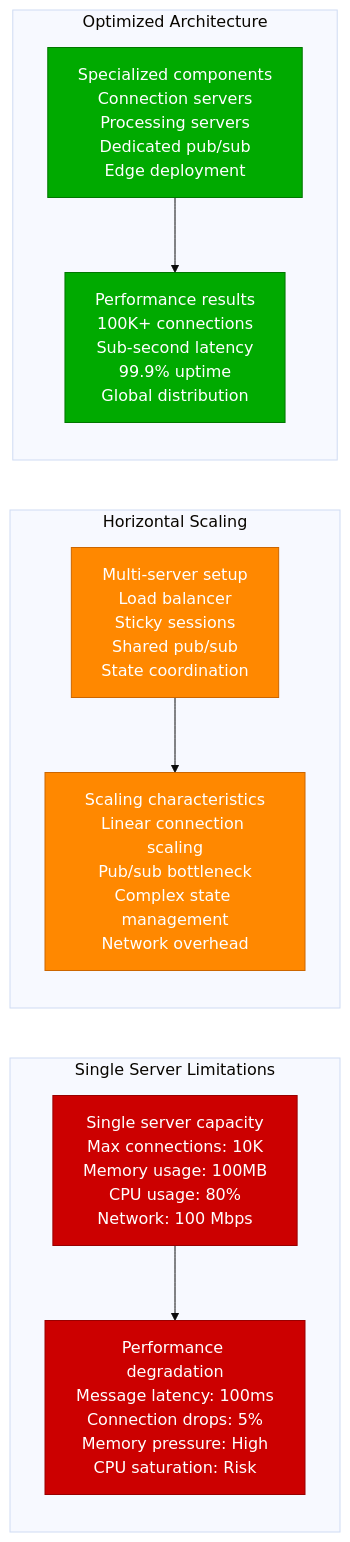
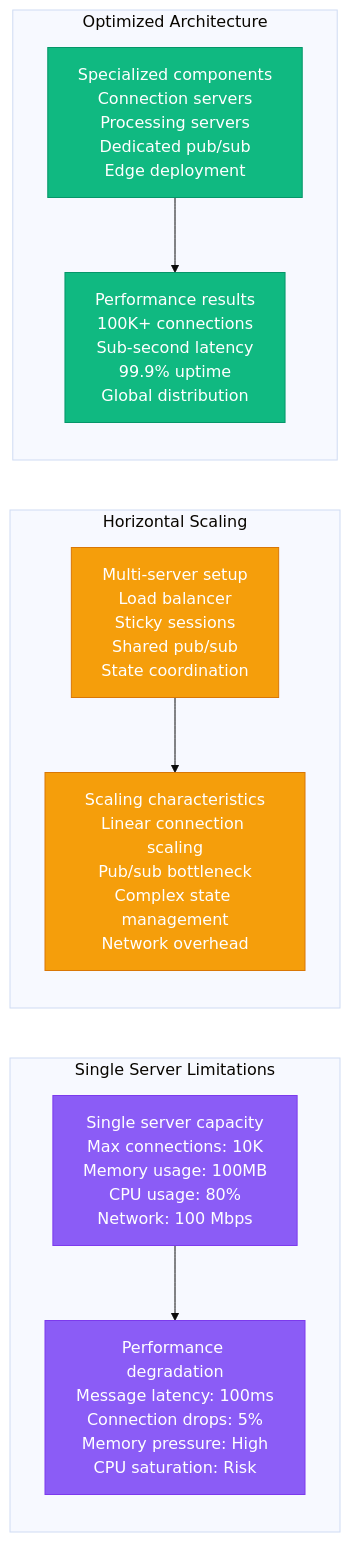
Before and after one commit to deepaucksharma/DS: the eighth of 12 diagrams in site/docs/performance/graphql-performance-profile.md, drawn with Mermaid (base theme). The commit also changed other lines of this file and 303 other files, not shown here.

````diff
--- a/site/docs/performance/graphql-performance-profile.md
+++ b/site/docs/performance/graphql-performance-profile.md
@@ -295,34 +295,34 @@
 ```mermaid
 graph LR
     subgraph "Single Server Limitations"
         SINGLE1[Single server capacity<br/>Max connections: 10K<br/>Memory usage: 100MB<br/>CPU usage: 80%<br/>Network: 100 Mbps]
 
         SINGLE2[Performance degradation<br/>Message latency: 100ms<br/>Connection drops: 5%<br/>Memory pressure: High<br/>CPU saturation: Risk]
 
         SINGLE1 --> SINGLE2
     end
 
     subgraph "Horizontal Scaling"
         HORIZONTAL1[Multi-server setup<br/>Load balancer<br/>Sticky sessions<br/>Shared pub/sub<br/>State coordination]
 
         HORIZONTAL2[Scaling characteristics<br/>Linear connection scaling<br/>Pub/sub bottleneck<br/>Complex state management<br/>Network overhead]
 
         HORIZONTAL1 --> HORIZONTAL2
     end
 
     subgraph "Optimized Architecture"
         OPTIMIZED1[Specialized components<br/>Connection servers<br/>Processing servers<br/>Dedicated pub/sub<br/>Edge deployment]
 
         OPTIMIZED2[Performance results<br/>100K+ connections<br/>Sub-second latency<br/>99.9% uptime<br/>Global distribution]
 
         OPTIMIZED1 --> OPTIMIZED2
     end
 
-    classDef singleStyle fill:#CC0000,stroke:#990000,color:#fff
-    classDef horizontalStyle fill:#FF8800,stroke:#CC6600,color:#fff
-    classDef optimizedStyle fill:#00AA00,stroke:#007700,color:#fff
+    classDef singleStyle fill:#8B5CF6,stroke:#7C3AED,color:#fff
+    classDef horizontalStyle fill:#F59E0B,stroke:#D97706,color:#fff
+    classDef optimizedStyle fill:#10B981,stroke:#059669,color:#fff
 
     class SINGLE1,SINGLE2 singleStyle
     class HORIZONTAL1,HORIZONTAL2 horizontalStyle
     class OPTIMIZED1,OPTIMIZED2 optimizedStyle
 ```
````
